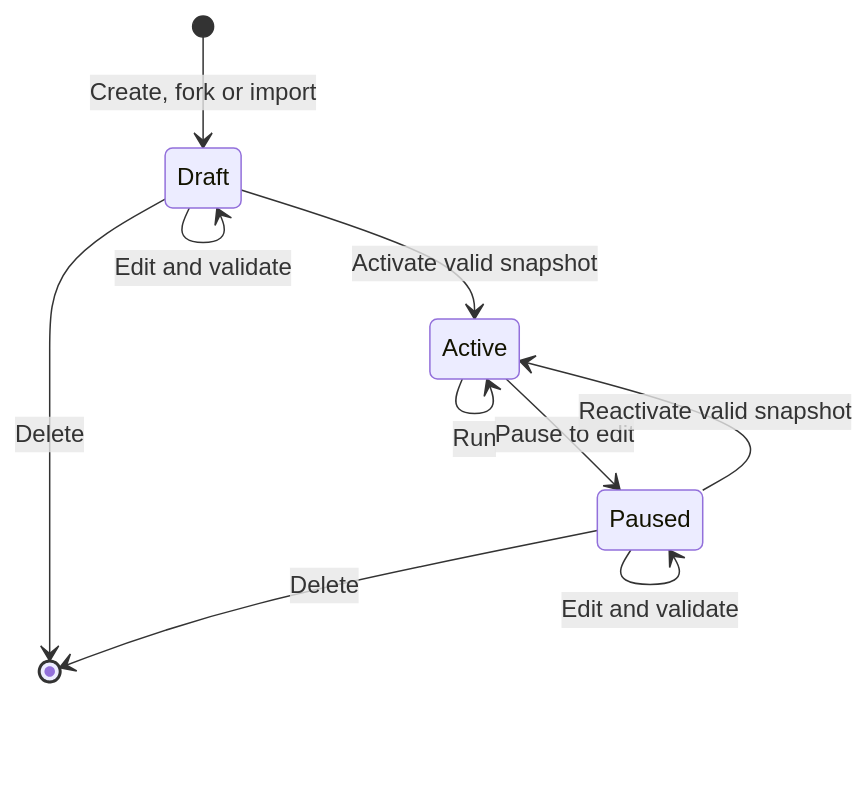
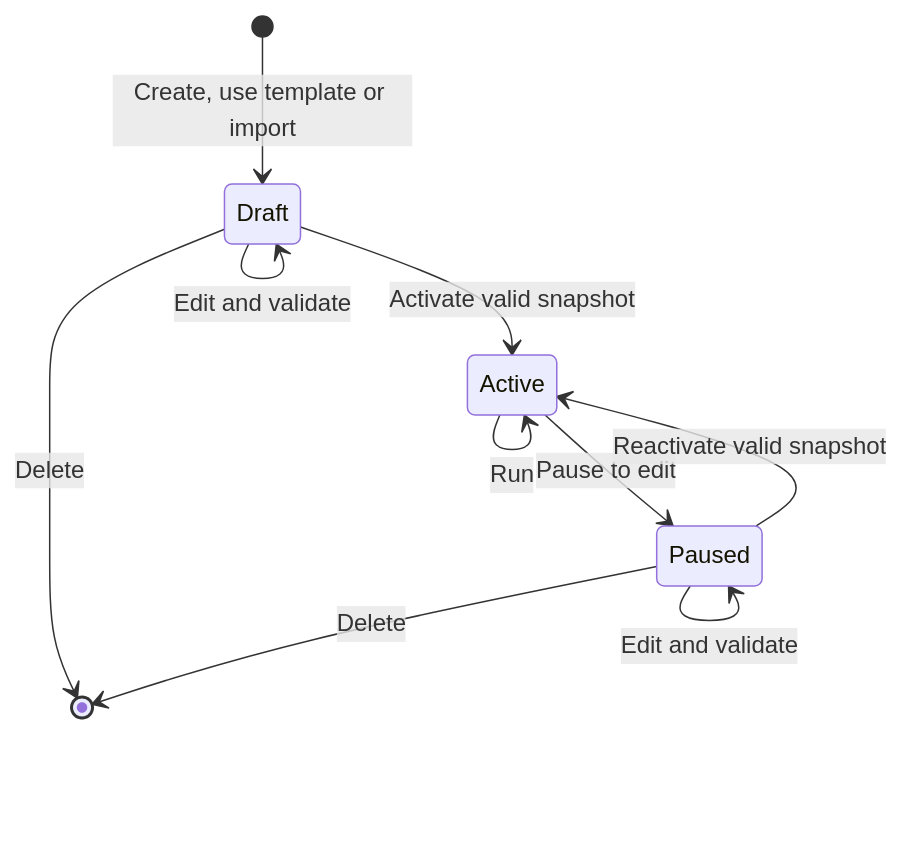
The second of 2 diagrams in docs-obsidian/user-guide/integration-platform/03-templates-and-flow-builder.md (msmurygin/quark-docs), drawn with Mermaid before and after one commit. The commit also changed other lines of this file and 3 other files, not shown here.

````diff
--- a/docs-obsidian/user-guide/integration-platform/03-templates-and-flow-builder.md
+++ b/docs-obsidian/user-guide/integration-platform/03-templates-and-flow-builder.md
@@ -108,12 +125,12 @@
 ```mermaid
 stateDiagram-v2
-    [*] --> Draft: Create, fork or import
+    [*] --> Draft: Create, use template or import
     Draft --> Draft: Edit and validate
     Draft --> Active: Activate valid snapshot
     Active --> Active: Run
     Active --> Paused: Pause to edit
     Paused --> Paused: Edit and validate
     Paused --> Active: Reactivate valid snapshot
     Draft --> [*]: Delete
     Paused --> [*]: Delete
 ```
````
